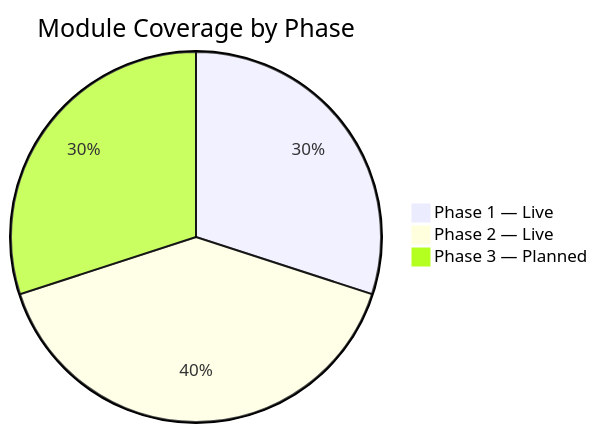
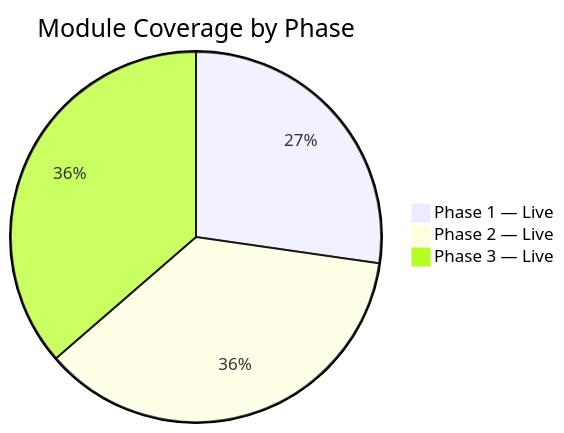
Before and after one commit to suryast/indonesia-civic-stack: the third of 5 diagrams in README.md, drawn with Mermaid. The commit also changed other lines of this file, not shown here.

First line of the commit message:
docs: update README to reflect all 12 modules complete (Phase 3 live) (#8)

````diff
--- a/README.md
+++ b/README.md
@@ -95,6 +110,6 @@
 ```mermaid
 pie title Module Coverage by Phase
     "Phase 1 — Live" : 3
     "Phase 2 — Live" : 4
-    "Phase 3 — Planned" : 3
+    "Phase 3 — Live" : 4
 ```
````
